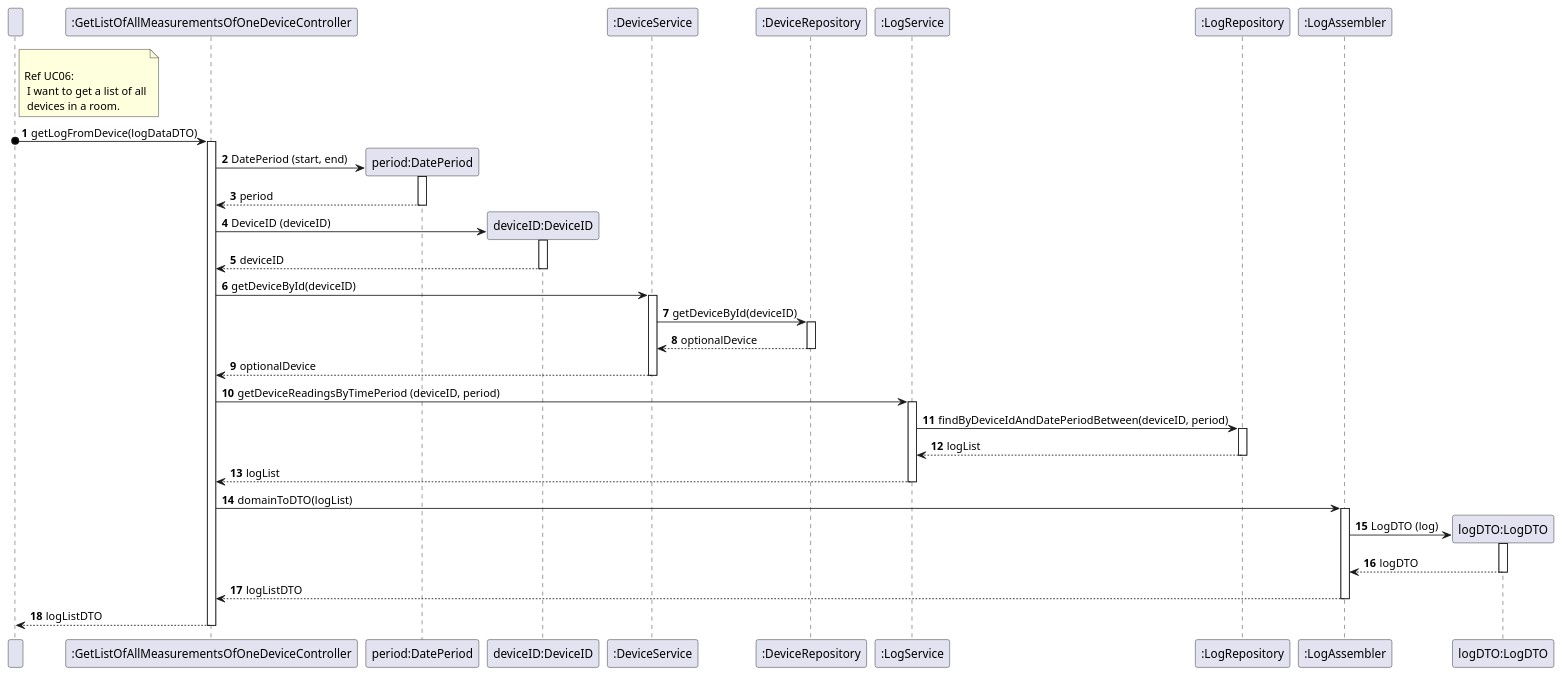
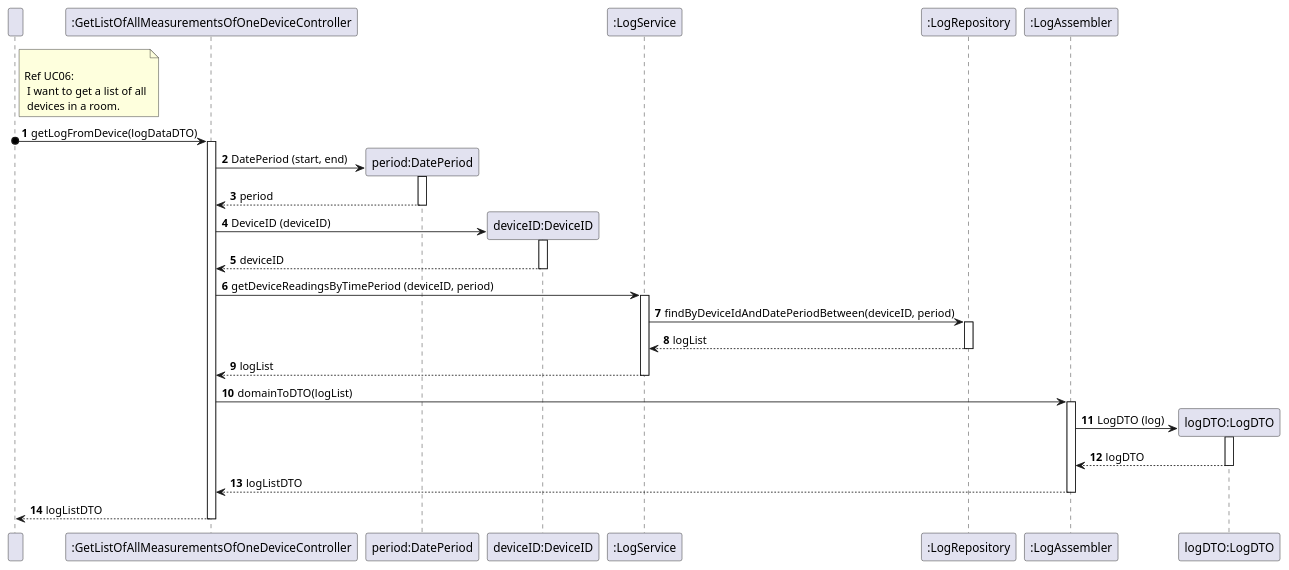
One commit to olivDiogo/SmartHome changed the diagram in docs/useCases/uc11_toGetLogFromDevice/artifacts/uc11_SD.puml. Above: the diagram before and after it, drawn with PlantUML.

Commit message:
fix: Update uc11 system diagram
addresses #385

```diff
--- a/docs/useCases/uc11_toGetLogFromDevice/artifacts/uc11_SD.puml
+++ b/docs/useCases/uc11_toGetLogFromDevice/artifacts/uc11_SD.puml
@@ -1,86 +1,75 @@
 @startuml
 !pragma layout smetana
 
 participant " " as User
 participant ":GetListOfAllMeasurementsOfOneDeviceController" as Controller
 
 participant "period:DatePeriod" as DatePeriod
 participant "deviceID:DeviceID" as DeviceID
-participant ":DeviceService" as DeviceService
-participant ":DeviceRepository" as DeviceRepository
 participant ":LogService" as LogService
 participant ":LogRepository" as Repository
 participant ":LogAssembler" as Assembler
 participant "logDTO:LogDTO" as DTO
 
 autonumber
 
 note right of User
 
   Ref UC06:
    I want to get a list of all
    devices in a room.
 end note
 
 
 
 User o-> Controller: getLogFromDevice(logDataDTO)
 
 activate Controller
 'DatePeriod and DeviceID are created
 create DatePeriod
 Controller -> DatePeriod: DatePeriod (start, end)
 activate DatePeriod
 DatePeriod --> Controller: period
 deactivate DatePeriod
 
 create DeviceID
 Controller -> DeviceID: DeviceID (deviceID)
 activate DeviceID
 DeviceID --> Controller: deviceID
 deactivate DeviceID
 
-'getDeviceById -> if device is not present, return empty optional
-Controller -> DeviceService: getDeviceById(deviceID)
-activate DeviceService
-DeviceService -> DeviceRepository: getDeviceById(deviceID)
-activate DeviceRepository
-DeviceRepository --> DeviceService: optionalDevice
-deactivate DeviceRepository
-DeviceService --> Controller: optionalDevice
-deactivate DeviceService
 
 'getAllMeasurementsOfDeviceInGivenPeriod -> getStartDate, getEndDate
 Controller -> LogService: getDeviceReadingsByTimePeriod (deviceID, period)
 
 'getStartDate -> localDateTimeStart
 activate LogService
 
 'findByDeviceIdAndTimeStampBetween -> look in all measurement repositories
 LogService -> Repository: findByDeviceIdAndDatePeriodBetween(deviceID, period)
 
 activate Repository
 Repository --> LogService: logList
 
 deactivate Repository
 LogService --> Controller: logList
 
 
 deactivate LogService
 Controller -> Assembler: domainToDTO(logList)
 
 activate Assembler
 create DTO
 Assembler -> DTO: LogDTO (log)
 activate DTO
 DTO --> Assembler: logDTO
 
 deactivate DTO
 Assembler --> Controller: logListDTO
 
 deactivate Assembler
 Controller --> User: logListDTO
 deactivate Controller
 
 
 @enduml
```
